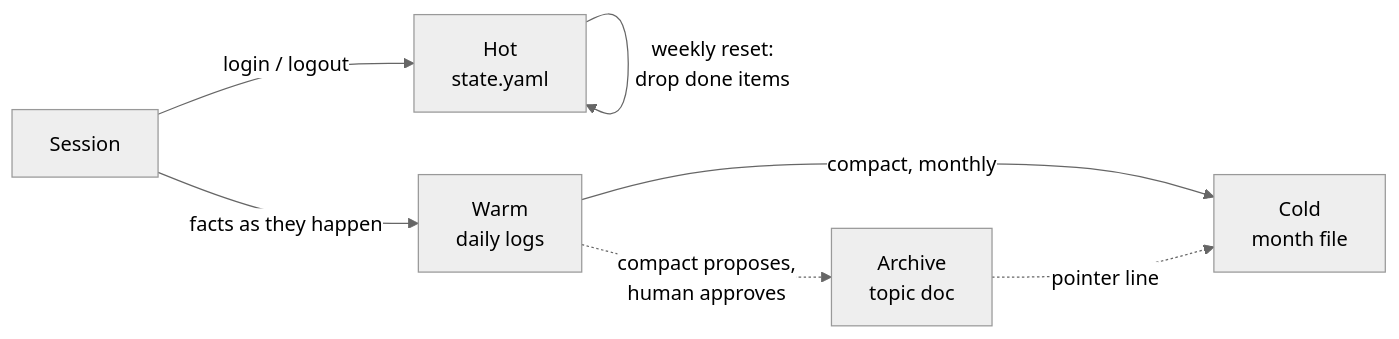
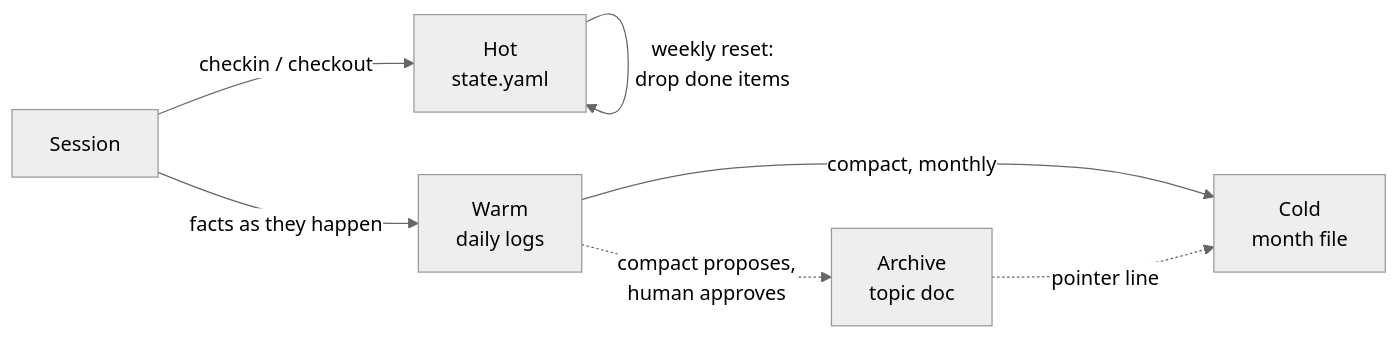
The diagram in docs/memory-model.md (JeannieFallon/overwatch), drawn with Mermaid (neutral theme) before and after one commit. The commit also changed other lines of this file and 8 other files, not shown here.

Commit message:
rename skills to checkin & checkout

````diff
--- a/docs/memory-model.md
+++ b/docs/memory-model.md
@@ -97,9 +97,9 @@
 ```mermaid
 flowchart LR
-    S[Session] -->|login / logout| H[Hot<br/>state.yaml]
+    S[Session] -->|checkin / checkout| H[Hot<br/>state.yaml]
     S -->|facts as they happen| W[Warm<br/>daily logs]
     H -->|weekly reset:<br/>drop done items| H
     W -->|compact, monthly| C[Cold<br/>month file]
     W -.->|compact proposes,<br/>human approves| A[Archive<br/>topic doc]
     A -.->|pointer line| C
 ```
````
